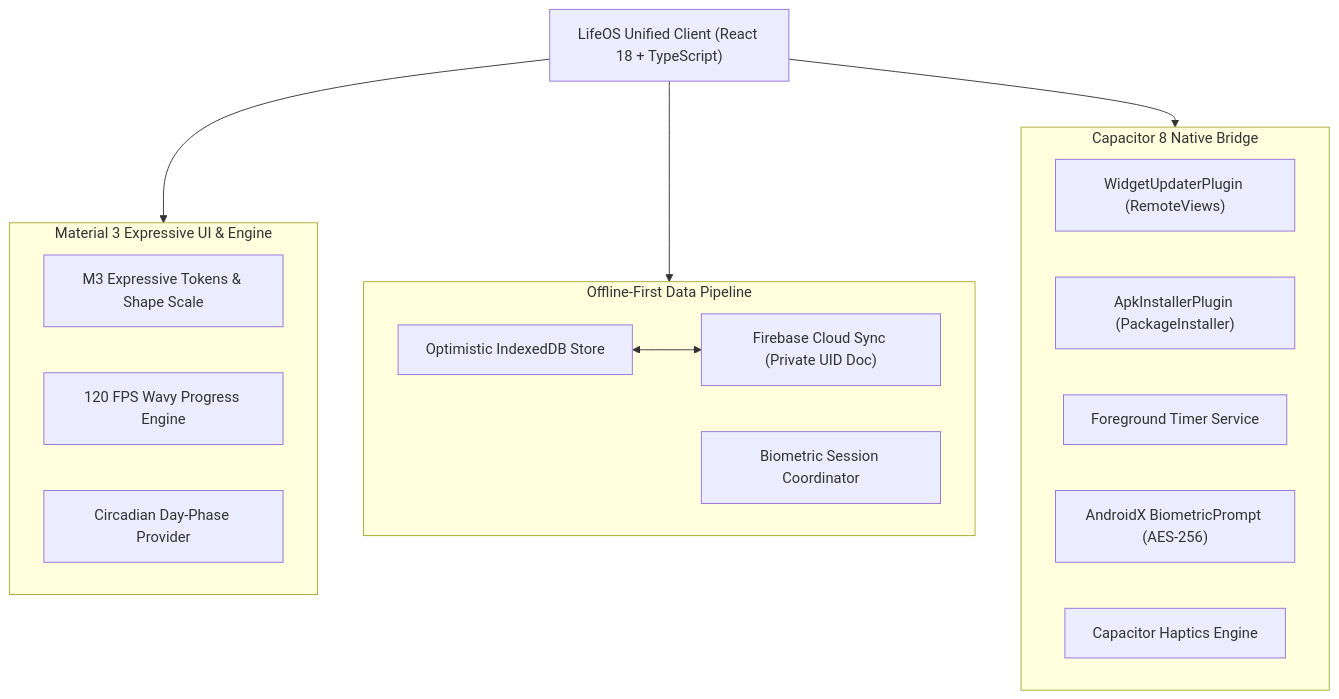
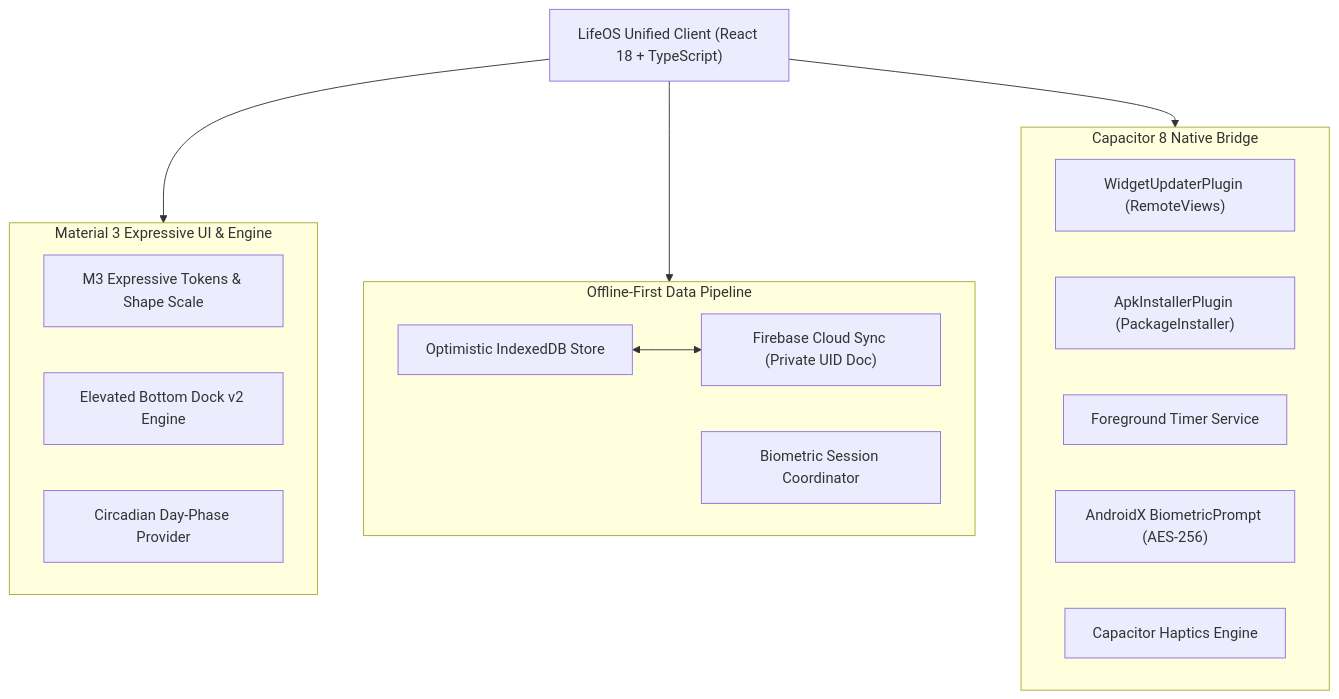
One commit to Avineesh-G/LIFEOS changed the diagram in README.md. Above: the diagram before and after it, drawn with Mermaid. The commit also changed other lines of this file, not shown here.

````diff
--- a/README.md
+++ b/README.md
@@ -143,29 +143,29 @@
 ```mermaid
 graph TD
     Client["LifeOS Unified Client (React 18 + TypeScript)"]
     
     subgraph UI_UX ["Material 3 Expressive UI & Engine"]
         M3["M3 Expressive Tokens & Shape Scale"]
-        Wavy["120 FPS Wavy Progress Engine"]
+        Dock["Elevated Bottom Dock v2 Engine"]
         Circadian["Circadian Day-Phase Provider"]
     end
     
     subgraph State_Sync ["Offline-First Data Pipeline"]
         LocalCache["Optimistic IndexedDB Store"]
         AuthHook["Biometric Session Coordinator"]
         CloudFirestore["Firebase Cloud Sync (Private UID Doc)"]
     end
     
     subgraph Native_Android ["Capacitor 8 Native Bridge"]
         WidgetPlugin["WidgetUpdaterPlugin (RemoteViews)"]
         ApkInstaller["ApkInstallerPlugin (PackageInstaller)"]
         TimerService["Foreground Timer Service"]
         Biometrics["AndroidX BiometricPrompt (AES-256)"]
         Haptics["Capacitor Haptics Engine"]
     end
 
     Client --> UI_UX
     Client --> State_Sync
     Client --> Native_Android
     LocalCache <--> CloudFirestore
 ```
````
